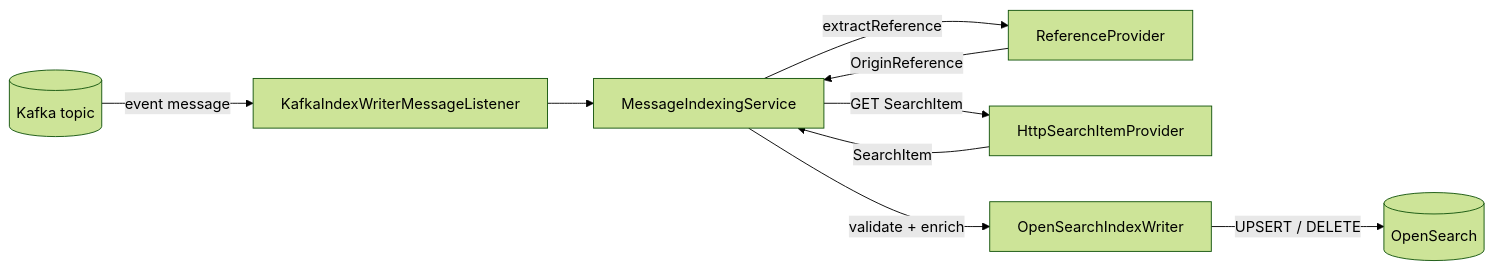
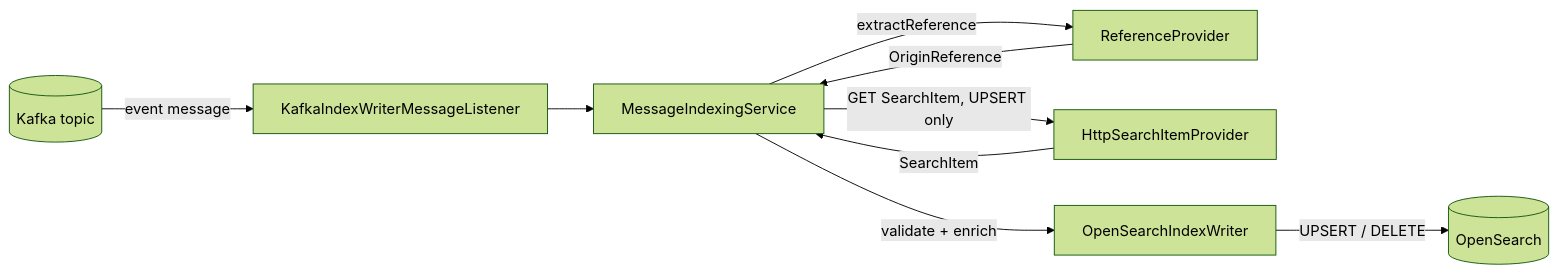
The second of 3 diagrams in docs/architecture.md (jeap-admin-ch/jeap-opensearch-index-writer-service), drawn with Mermaid (forest theme) before and after one commit. The commit also changed other lines of this file and 24 other files, not shown here.

````diff
--- a/docs/architecture.md
+++ b/docs/architecture.md
@@ -69,11 +69,11 @@
 ```mermaid
 flowchart LR
     K[(Kafka topic)] -->|event message| Listener[KafkaIndexWriterMessageListener]
     Listener --> MIS[MessageIndexingService]
     MIS -->|extractReference| RP[ReferenceProvider]
     RP -->|OriginReference| MIS
-    MIS -->|GET SearchItem| Provider[HttpSearchItemProvider]
+    MIS -->|GET SearchItem, UPSERT only| Provider[HttpSearchItemProvider]
     Provider -->|SearchItem| MIS
     MIS -->|validate + enrich| IW[OpenSearchIndexWriter]
     IW -->|UPSERT / DELETE| OS[(OpenSearch)]
 ```
````
